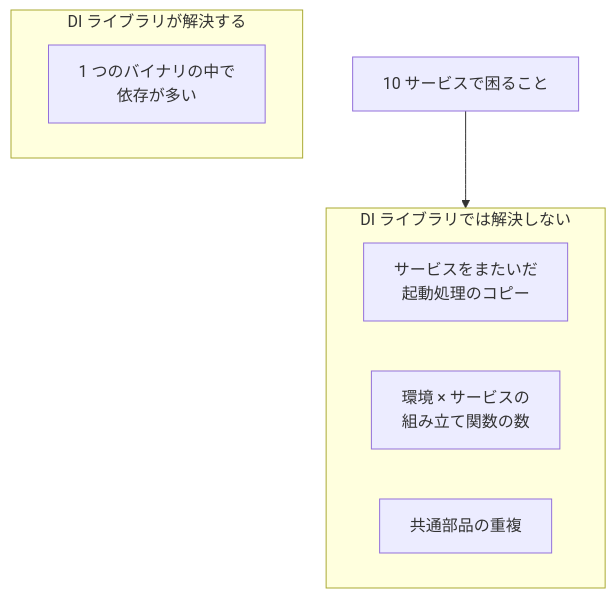
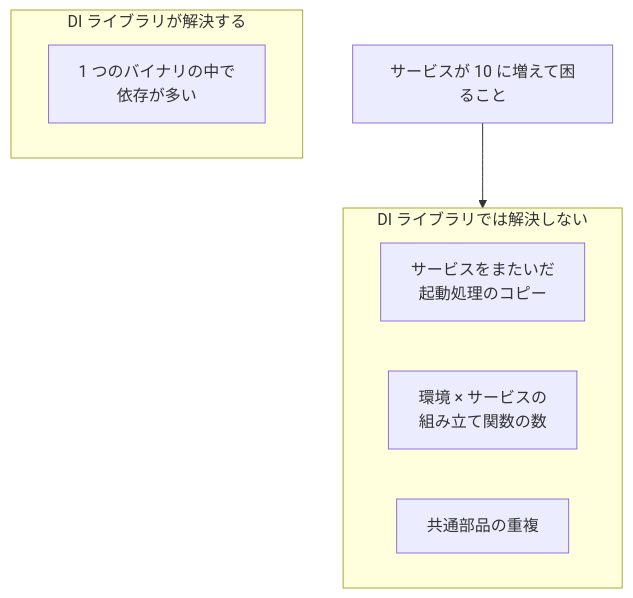
Before and after one commit to rikukaInoue/rikukadev: the fourth of 6 diagrams in src/content/blog/go-di-library-when.mdx, drawn with Mermaid. The commit also changed other lines of this file, not shown here.

````diff
--- a/src/content/blog/go-di-library-when.mdx
+++ b/src/content/blog/go-di-library-when.mdx
@@ -192,12 +297,12 @@
 ```mermaid
 graph TB
     subgraph di["DI ライブラリが解決する"]
         D1["1 つのバイナリの中で<br/>依存が多い"]
     end
     subgraph notdi["DI ライブラリでは解決しない"]
         N1["サービスをまたいだ<br/>起動処理のコピー"]
         N2["環境 × サービスの<br/>組み立て関数の数"]
         N3["共通部品の重複"]
     end
-    TEN["10 サービスで困ること"] --> notdi
+    TEN["サービスが 10 に増えて困ること"] --> notdi
 ```
````
